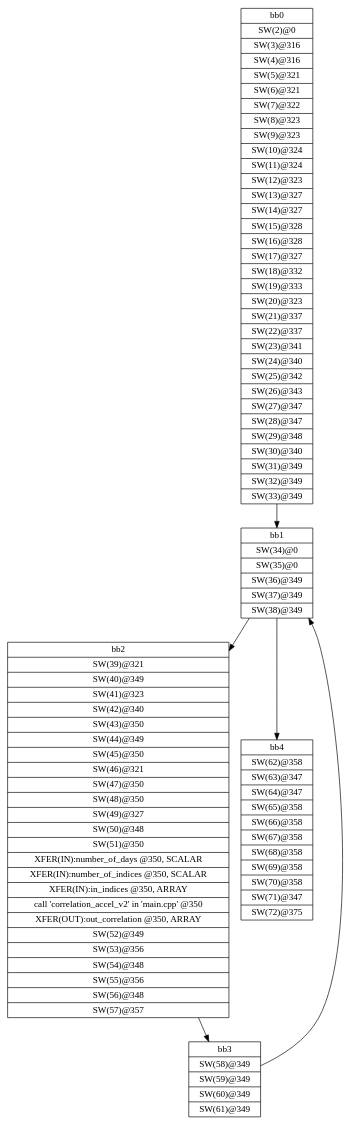
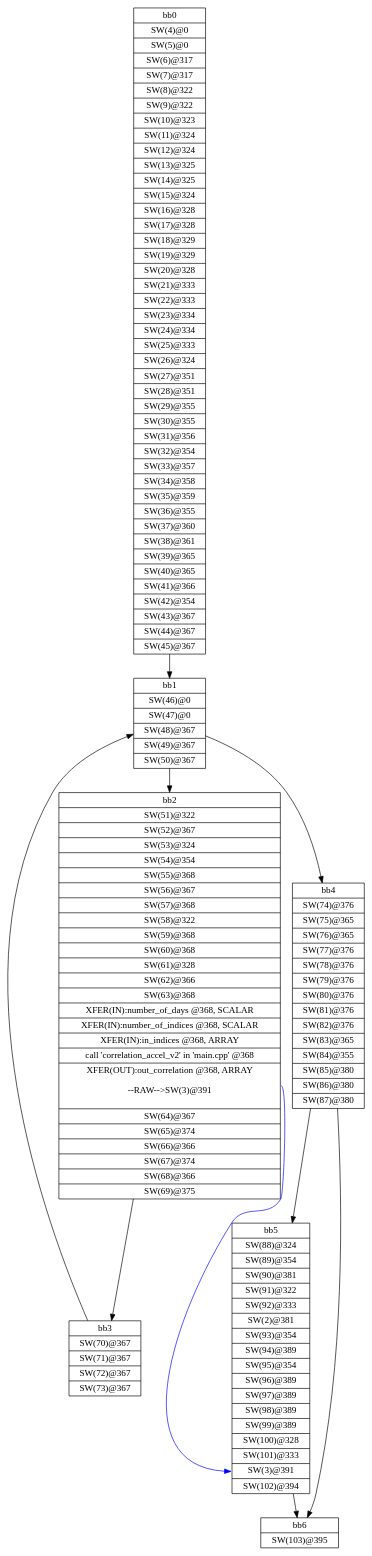
One commit to nguyencanhtrung/SDSoC changed the diagram in workspace/correlation_ver2_axis/correlation_axis_ver2/SDRelease/_sds/.llvm/_p0_cdfg_dc2_main.dot. Above: the diagram before and after it, drawn with Graphviz. The commit also changed 6883 other files, not shown here.

Commit message:
Add v2: nodata flow Add v3: data flow - Stream FIFO = 252

```diff
--- a/workspace/correlation_ver2_axis/correlation_axis_ver2/SDRelease/_sds/.llvm/_p0_cdfg_dc2_main.dot
+++ b/workspace/correlation_ver2_axis/correlation_axis_ver2/SDRelease/_sds/.llvm/_p0_cdfg_dc2_main.dot
@@ -1,13 +1,19 @@
 digraph CDFG {
 node [shape=record];
-bb0 [shape=record, label = "{bb0|<x0x1f71bf0>SW(2)@0\n|<x0x1f74b20>SW(3)@316\n|<x0x1f74d30>SW(4)@316\n|<x0x1f753b0>SW(5)@321\n|<x0x1f755b0>SW(6)@321\n|<x0x1f757e0>SW(7)@322\n|<x0x1f75a10>SW(8)@323\n|<x0x1f75c40>SW(9)@323\n|<x0x1f75e70>SW(10)@324\n|<x0x1f76460>SW(11)@324\n|<x0x1f76670>SW(12)@323\n|<x0x1f768b0>SW(13)@327\n|<x0x1f76ae0>SW(14)@327\n|<x0x1f76d10>SW(15)@328\n|<x0x1f76f60>SW(16)@328\n|<x0x1f77170>SW(17)@327\n|<x0x1f72550>SW(18)@332\n|<x0x1f72750>SW(19)@333\n|<x0x1f729a0>SW(20)@323\n|<x0x1f72bd0>SW(21)@337\n|<x0x1f72de0>SW(22)@337\n|<x0x1f73000>SW(23)@341\n|<x0x1f73250>SW(24)@340\n|<x0x1f734a0>SW(25)@342\n|<x0x1f73710>SW(26)@343\n|<x0x1f73960>SW(27)@347\n|<x0x1f73b70>SW(28)@347\n|<x0x1f73db0>SW(29)@348\n|<x0x1f73fe0>SW(30)@340\n|<x0x1f74230>SW(31)@349\n|<x0x1f74450>SW(32)@349\n|<x0x1f78520>SW(33)@349\n}"];
-bb1 [shape=record, label = "{bb1|<x0x1f78880>SW(34)@0\n|<x0x1f789f0>SW(35)@0\n|<x0x1f78b90>SW(36)@349\n|<x0x1f78dc0>SW(37)@349\n|<x0x1f78fd0>SW(38)@349\n}"];
-bb2 [shape=record, label = "{bb2|<x0x1f78760>SW(39)@321\n|<x0x1f795a0>SW(40)@349\n|<x0x1f797d0>SW(41)@323\n|<x0x1f79a00>SW(42)@340\n|<x0x1f79c50>SW(43)@350\n|<x0x1f79e70>SW(44)@349\n|<x0x1f7a0a0>SW(45)@350\n|<x0x1f7a2b0>SW(46)@321\n|<x0x1f7a4e0>SW(47)@350\n|<x0x1f7a730>SW(48)@350\n|<x0x1f7a8f0>SW(49)@327\n|<x0x1f7ab20>SW(50)@348\n|<x0x1f7ad50>SW(51)@350\n|<x0x1f7e2f0>XFER(IN):number_of_days @350, SCALAR\n|<x0x1f7e3d0>XFER(IN):number_of_indices @350, SCALAR\n|<x0x1f7e4b0>XFER(IN):in_indices @350, ARRAY\n|<x0x1f6d9e0>call 'correlation_accel_v2' in 'main.cpp' @350\n|<x0x1f7ea70>XFER(OUT):out_correlation @350, ARRAY\n|<x0x1f7afa0>SW(52)@349\n|<x0x1f7b1d0>SW(53)@356\n|<x0x1f7b3e0>SW(54)@348\n|<x0x1f7b610>SW(55)@356\n|<x0x1f7b830>SW(56)@348\n|<x0x1f7ba70>SW(57)@357\n}"];
-bb3 [shape=record, label = "{bb3|<x0x1f7bdb0>SW(58)@349\n|<x0x1f7bfe0>SW(59)@349\n|<x0x1f7c1f0>SW(60)@349\n|<x0x1f7c430>SW(61)@349\n}"];
-bb4 [shape=record, label = "{bb4|<x0x1f7c6f0>SW(62)@358\n|<x0x1f7ca40>SW(63)@347\n|<x0x1f7cc80>SW(64)@347\n|<x0x1f7ceb0>SW(65)@358\n|<x0x1f7d0c0>SW(66)@358\n|<x0x1f7d2d0>SW(67)@358\n|<x0x1f7d4e0>SW(68)@358\n|<x0x1f7d6f0>SW(69)@358\n|<x0x1f7d950>SW(70)@358\n|<x0x1f7db70>SW(71)@347\n|<x0x1f7ddb0>SW(72)@375\n}"];
+bb0 [shape=record, label = "{bb0|<x0x21524f0>SW(4)@0\n|<x0x2152570>SW(5)@0\n|<x0x2152b50>SW(6)@317\n|<x0x2152d90>SW(7)@317\n|<x0x2152fd0>SW(8)@322\n|<x0x2153200>SW(9)@322\n|<x0x2153430>SW(10)@323\n|<x0x2153660>SW(11)@324\n|<x0x2153890>SW(12)@324\n|<x0x2153ac0>SW(13)@325\n|<x0x2155260>SW(14)@325\n|<x0x2157480>SW(15)@324\n|<x0x21576c0>SW(16)@328\n|<x0x21578f0>SW(17)@328\n|<x0x2157b20>SW(18)@329\n|<x0x2157d70>SW(19)@329\n|<x0x2157f80>SW(20)@328\n|<x0x21581c0>SW(21)@333\n|<x0x21583f0>SW(22)@333\n|<x0x2158620>SW(23)@334\n|<x0x2158870>SW(24)@334\n|<x0x2158a80>SW(25)@333\n|<x0x2158cc0>SW(26)@324\n|<x0x2158ef0>SW(27)@351\n|<x0x214f090>SW(28)@351\n|<x0x214f2b0>SW(29)@355\n|<x0x214f4e0>SW(30)@355\n|<x0x214f6f0>SW(31)@356\n|<x0x214f940>SW(32)@354\n|<x0x214fb90>SW(33)@357\n|<x0x214fe00>SW(34)@358\n|<x0x2150050>SW(35)@359\n|<x0x21502a0>SW(36)@355\n|<x0x21504e0>SW(37)@360\n|<x0x2150740>SW(38)@361\n|<x0x2150990>SW(39)@365\n|<x0x2150bb0>SW(40)@365\n|<x0x2150df0>SW(41)@366\n|<x0x2151020>SW(42)@354\n|<x0x2155470>SW(43)@367\n|<x0x2155690>SW(44)@367\n|<x0x21558d0>SW(45)@367\n}"];
+bb1 [shape=record, label = "{bb1|<x0x2155c70>SW(46)@0\n|<x0x2155de0>SW(47)@0\n|<x0x2155f80>SW(48)@367\n|<x0x21561b0>SW(49)@367\n|<x0x21563c0>SW(50)@367\n}"];
+bb2 [shape=record, label = "{bb2|<x0x2155b50>SW(51)@322\n|<x0x2156990>SW(52)@367\n|<x0x2156bc0>SW(53)@324\n|<x0x2156df0>SW(54)@354\n|<x0x2157040>SW(55)@368\n|<x0x2157260>SW(56)@367\n|<x0x2159960>SW(57)@368\n|<x0x2159b70>SW(58)@322\n|<x0x2159da0>SW(59)@368\n|<x0x2159fb0>SW(60)@368\n|<x0x215a1d0>SW(61)@328\n|<x0x215a400>SW(62)@366\n|<x0x215a630>SW(63)@368\n|<x0x2160950>XFER(IN):number_of_days @368, SCALAR\n|<x0x2160a30>XFER(IN):number_of_indices @368, SCALAR\n|<x0x2160b10>XFER(IN):in_indices @368, ARRAY\n|<x0x214a320>call 'correlation_accel_v2' in 'main.cpp' @368\n|<x0x2161ed0>XFER(OUT):out_correlation @368, ARRAY\n\n--RAW--\>SW(3)@391\n\n|<x0x215a880>SW(64)@367\n|<x0x215aab0>SW(65)@374\n|<x0x215acc0>SW(66)@366\n|<x0x215aef0>SW(67)@374\n|<x0x215b110>SW(68)@366\n|<x0x215b350>SW(69)@375\n}"];
+bb3 [shape=record, label = "{bb3|<x0x215b690>SW(70)@367\n|<x0x215b980>SW(71)@367\n|<x0x215baf0>SW(72)@367\n|<x0x215bd30>SW(73)@367\n}"];
+bb4 [shape=record, label = "{bb4|<x0x215c140>SW(74)@376\n|<x0x215c330>SW(75)@365\n|<x0x215c570>SW(76)@365\n|<x0x215c7a0>SW(77)@376\n|<x0x215c9b0>SW(78)@376\n|<x0x215cbc0>SW(79)@376\n|<x0x215cc60>SW(80)@376\n|<x0x215ce70>SW(81)@376\n|<x0x215d0d0>SW(82)@376\n|<x0x215d2f0>SW(83)@365\n|<x0x215d530>SW(84)@355\n|<x0x215d770>SW(85)@380\n|<x0x215db50>SW(86)@380\n|<x0x215dd10>SW(87)@380\n}"];
+bb5 [shape=record, label = "{bb5|<x0x215e060>SW(88)@324\n|<x0x215e290>SW(89)@354\n|<x0x215e4e0>SW(90)@381\n|<x0x215e700>SW(91)@322\n|<x0x215e930>SW(92)@333\n|<x0x214f030>SW(2)@381\n|<x0x215eb80>SW(93)@354\n|<x0x215edd0>SW(94)@389\n|<x0x215eff0>SW(95)@354\n|<x0x215f240>SW(96)@389\n|<x0x215f450>SW(97)@389\n|<x0x215f660>SW(98)@389\n|<x0x215f870>SW(99)@389\n|<x0x215fab0>SW(100)@328\n|<x0x215fd40>SW(101)@333\n|<x0x214ed10>SW(3)@391\n|<x0x215ff20>SW(102)@394\n}"];
+bb6 [shape=record, label = "{bb6|<x0x2160260>SW(103)@395\n}"];
 bb0 -> bb1
 bb1 -> bb2
 bb1 -> bb4
 bb2 -> bb3
 bb3 -> bb1
+bb4 -> bb5
+bb4 -> bb6
+bb5 -> bb6
+bb2:x0x2161ed0 -> bb5:x0x214ed10[color=blue]
 }
```
